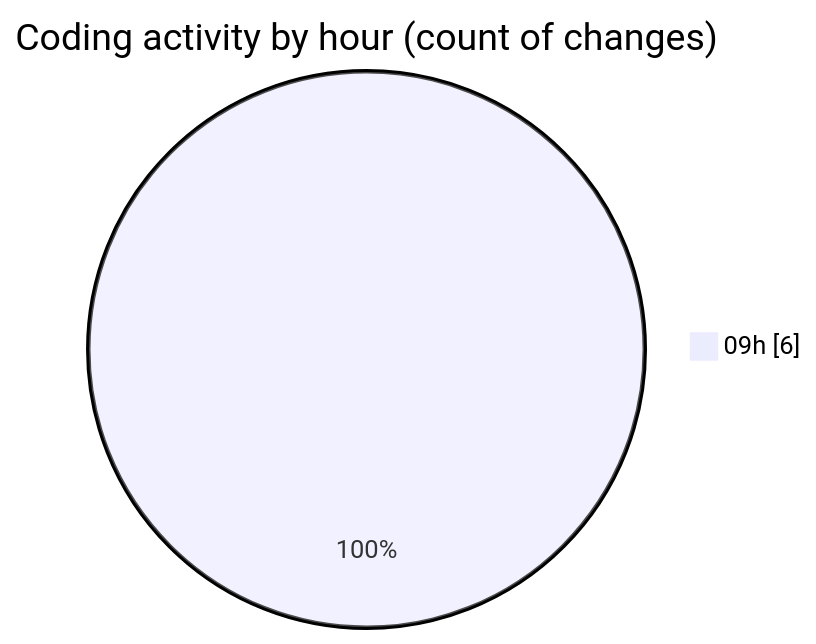
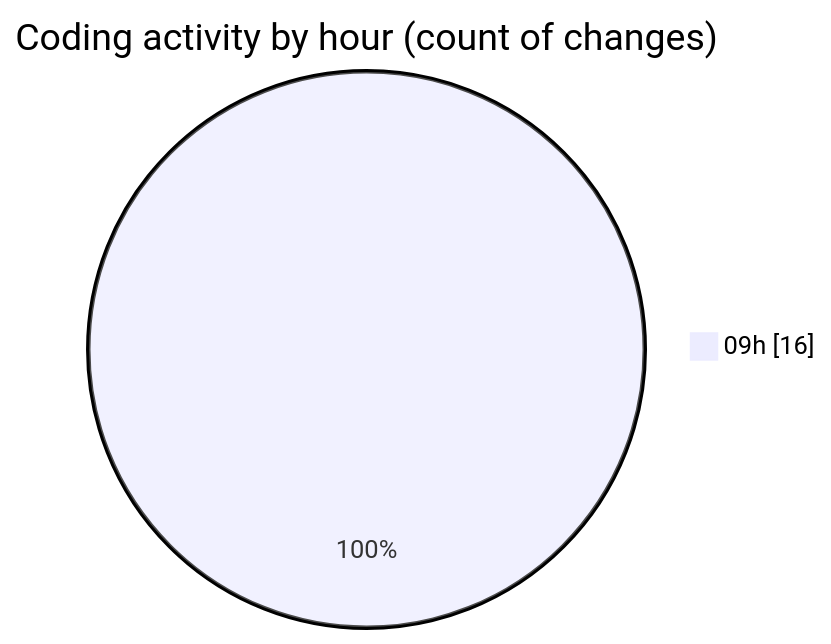
The second of 2 diagrams in 2025-03-05/termonied_testador/README.md (robertbonfada/code-tracking), drawn with Mermaid before and after one commit. The commit also changed other lines of this file and 1 other file, not shown here.

````diff
--- a/2025-03-05/termonied_testador/README.md
+++ b/2025-03-05/termonied_testador/README.md
@@ -30,5 +30,5 @@
 ```mermaid
 pie showData
 title Coding activity by hour (count of changes)
-"09h" : 6
+"09h" : 16
 ```
````
